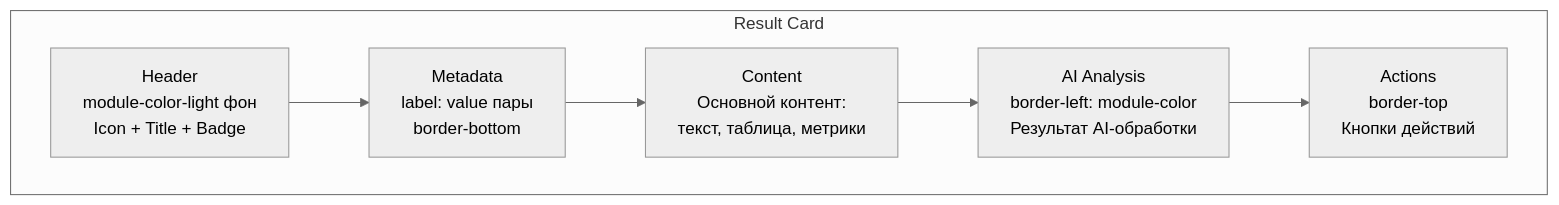
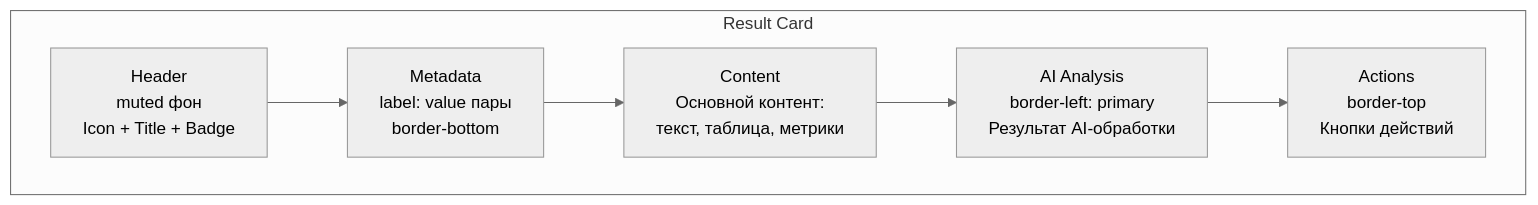
One commit to Sign25/Docs changed the fourth of 8 diagrams in ui/adolf_ui_4_layout_patterns.md. Above: the diagram before and after it, drawn with Mermaid (neutral theme). The commit also changed other lines of this file, not shown here.

Commit message:
refactor(ui): remove module colors, unify to --primary v1.1

````diff
--- a/ui/adolf_ui_4_layout_patterns.md
+++ b/ui/adolf_ui_4_layout_patterns.md
@@ -242,11 +242,11 @@
 ```mermaid
 flowchart TB
     subgraph RC["Result Card"]
-        HEADER["Header<br/>module-color-light фон<br/>Icon + Title + Badge"]
+        HEADER["Header<br/>muted фон<br/>Icon + Title + Badge"]
         META["Metadata<br/>label: value пары<br/>border-bottom"]
         CONTENT["Content<br/>Основной контент:<br/>текст, таблица, метрики"]
-        AI["AI Analysis<br/>border-left: module-color<br/>Результат AI-обработки"]
+        AI["AI Analysis<br/>border-left: primary<br/>Результат AI-обработки"]
         ACTIONS["Actions<br/>border-top<br/>Кнопки действий"]
     end
     HEADER --> META --> CONTENT --> AI --> ACTIONS
 ```
````
